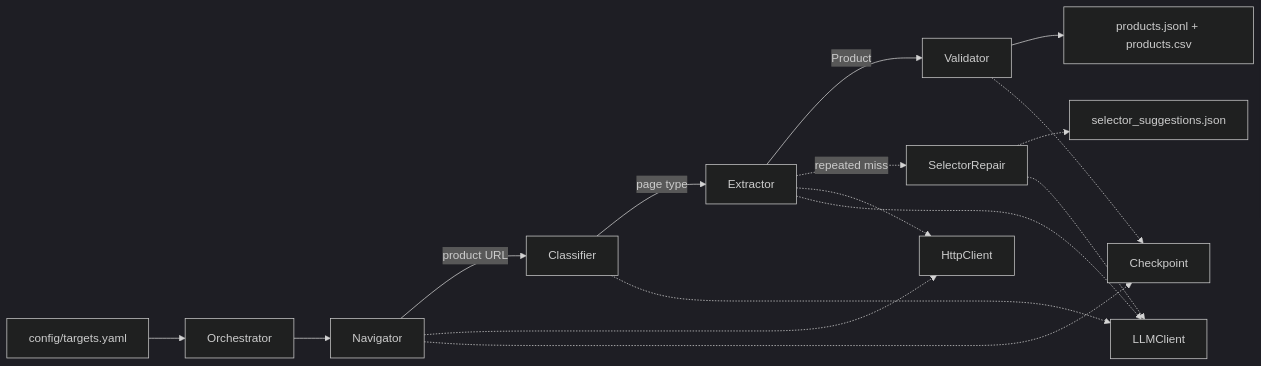
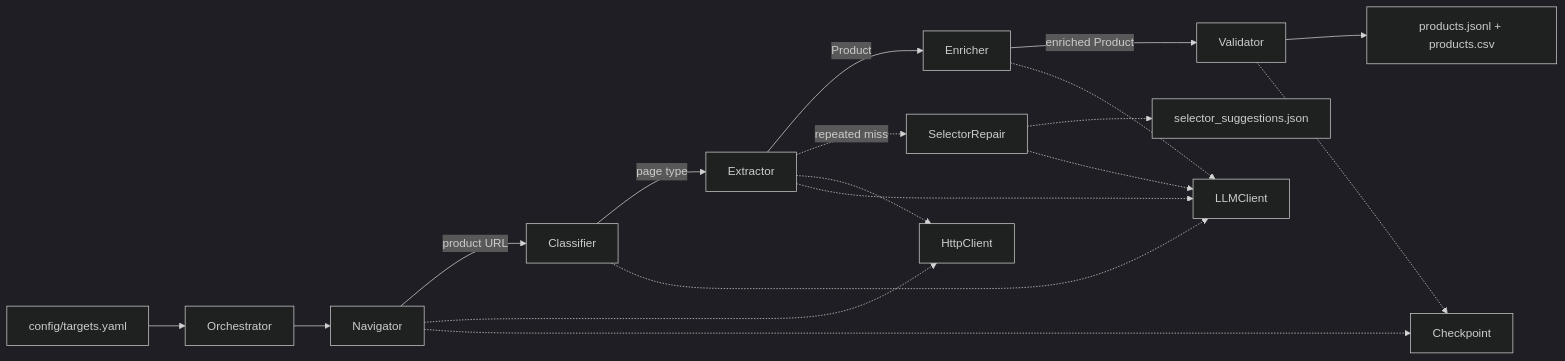
The first of 3 diagrams in README.md (C0k11/frontier-dental-assessment), drawn with Mermaid (dark theme) before and after one commit. The commit also changed other lines of this file and 9 other files, not shown here.

````diff
--- a/README.md
+++ b/README.md
@@ -19,20 +39,22 @@
 ```mermaid
 flowchart LR
     Config[config/targets.yaml] --> Orchestrator
     Orchestrator --> Navigator
     Navigator -->|product URL| Classifier
     Classifier -->|page type| Extractor
-    Extractor -->|Product| Validator
+    Extractor -->|Product| Enricher
+    Enricher -->|enriched Product| Validator
     Validator --> Output[products.jsonl + products.csv]
 
     Extractor -.->|repeated miss| SelectorRepair
     SelectorRepair -.-> SuggestionsFile[selector_suggestions.json]
 
     Navigator -.-> HttpClient
     Extractor -.-> HttpClient
     Classifier -.-> LLMClient
     Extractor -.-> LLMClient
+    Enricher -.-> LLMClient
     SelectorRepair -.-> LLMClient
     Navigator -.-> Checkpoint
     Validator -.-> Checkpoint
 ```
````
